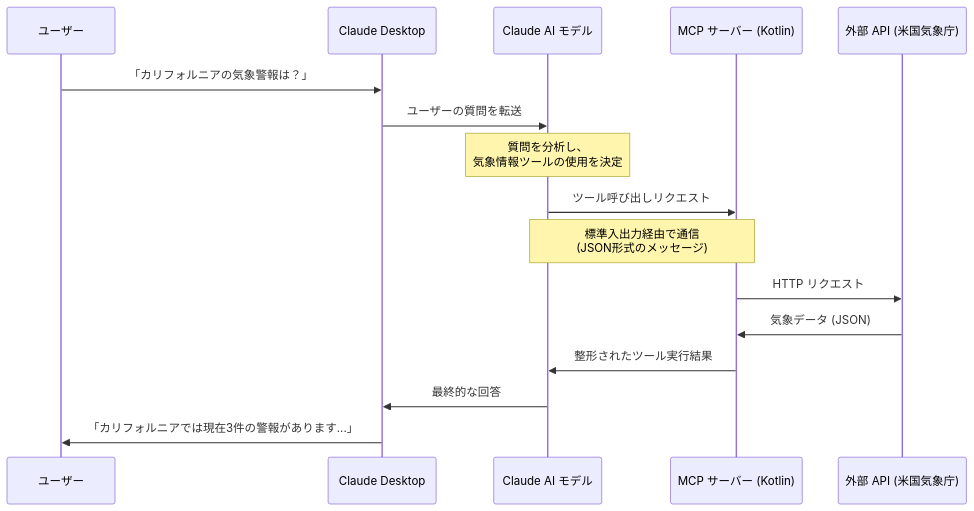
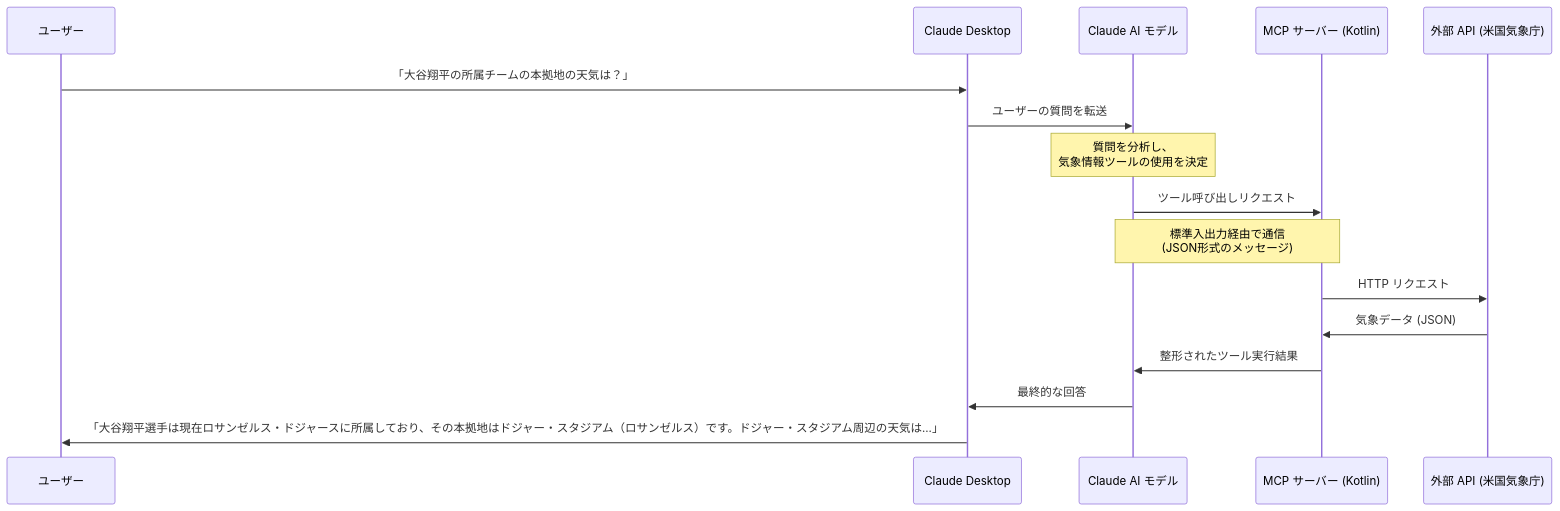
The diagram in README.md (k-negishi/kotlin-mcp-quickstart), drawn with Mermaid before and after one commit.

Commit message:
Update README with example user queries related to weather and Shohei Ohtani's team

````diff
--- a/README.md
+++ b/README.md
@@ -18,24 +18,24 @@
 ```mermaid
 sequenceDiagram
     participant User as ユーザー
     participant CD as Claude Desktop
     participant Claude as Claude AI モデル
     participant MCP as MCP サーバー (Kotlin)
     participant API as 外部 API (米国気象庁)
     
-    User->>CD: 「カリフォルニアの気象警報は？」
+    User->>CD: 「大谷翔平の所属チームの本拠地の天気は？」
     CD->>Claude: ユーザーの質問を転送
     
     Note over Claude: 質問を分析し、<br/>気象情報ツールの使用を決定
     
     Claude->>MCP: ツール呼び出しリクエスト
     Note over Claude,MCP: 標準入出力経由で通信<br/>(JSON形式のメッセージ)
     
     MCP->>API: HTTP リクエスト
     API->>MCP: 気象データ (JSON)
     
     MCP->>Claude: 整形されたツール実行結果
     
     Claude->>CD: 最終的な回答
-    CD->>User: 「カリフォルニアでは現在3件の警報があります...」
+    CD->>User: 「大谷翔平選手は現在ロサンゼルス・ドジャースに所属しており、その本拠地はドジャー・スタジアム（ロサンゼルス）です。ドジャー・スタジアム周辺の天気は...」
 ```
````
